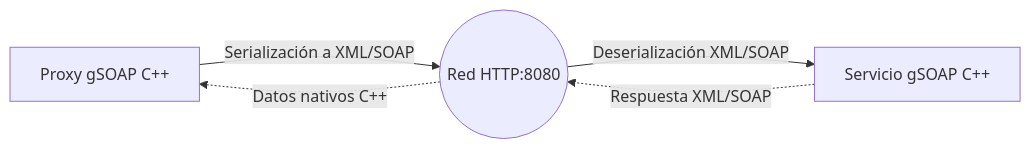
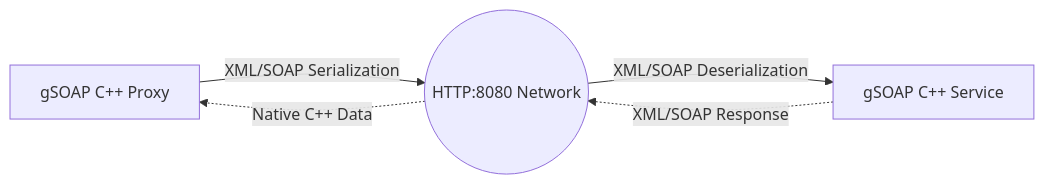
Before and after one commit to mfalconf/igt_playground: the fourth of 4 diagrams in readme.md, drawn with Mermaid. The commit also changed other lines of this file and 7 other files, not shown here.

````diff
--- a/readme.md
+++ b/readme.md
@@ -124,8 +124,8 @@
 ```mermaid
 graph LR
-    A[Proxy gSOAP C++] -->|Serialización a XML/SOAP| B((Red HTTP:8080))
-    B -->|Deserialización XML/SOAP| C[Servicio gSOAP C++]
-    C -.->|Respuesta XML/SOAP| B
-    B -.->|Datos nativos C++| A
+    A[gSOAP C++ Proxy] -->|XML/SOAP Serialization| B((HTTP:8080 Network))
+    B -->|XML/SOAP Deserialization| C[gSOAP C++ Service]
+    C -.->|XML/SOAP Response| B
+    B -.->|Native C++ Data| A
 
 ```
````
